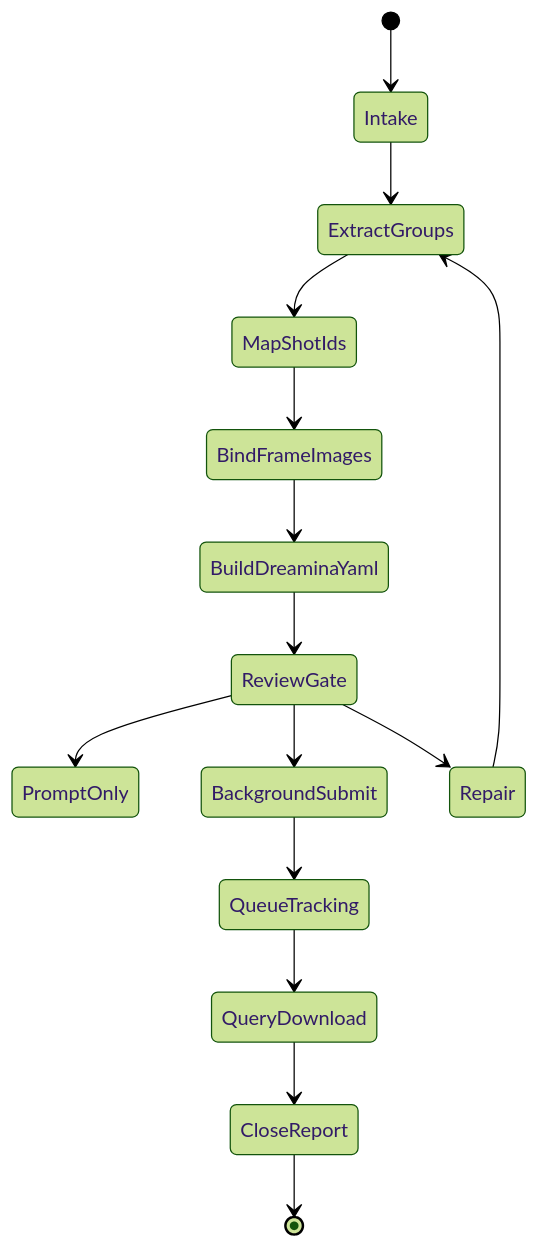
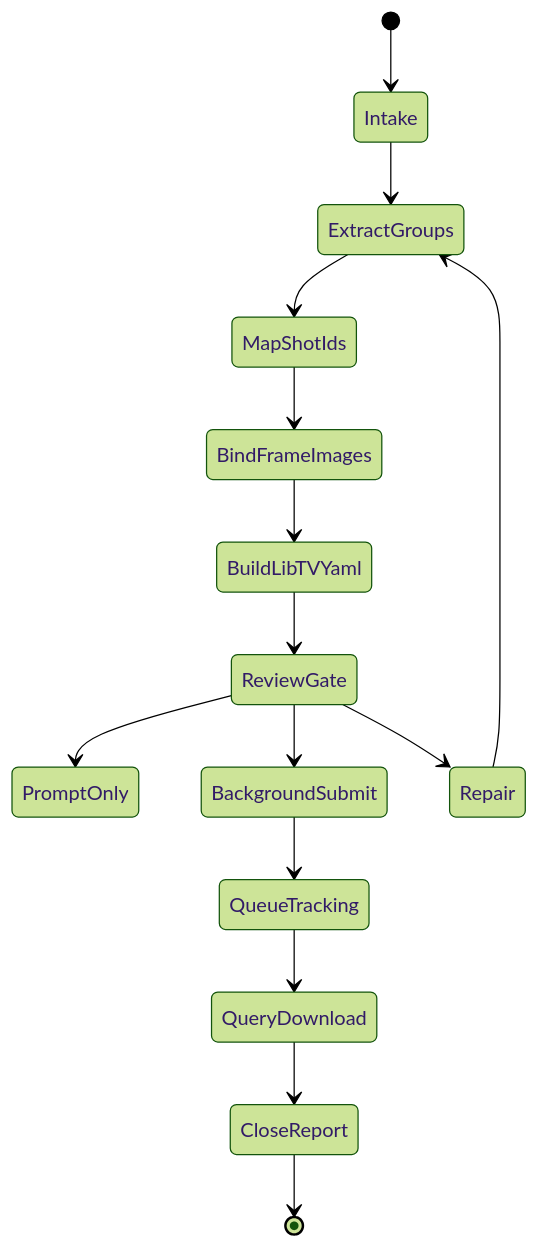
The third of 3 diagrams in .agents/skills/aigc/7-视频/A-分镜画面参照/SKILL.md (ZEN-VOID/AI-CUT), drawn with Mermaid (forest theme) before and after one commit. The commit also changed other lines of this file and 173 other files, not shown here.

````diff
--- a/.agents/skills/aigc/7-视频/A-分镜画面参照/SKILL.md
+++ b/.agents/skills/aigc/7-视频/A-分镜画面参照/SKILL.md
@@ -127,17 +139,17 @@
 ```mermaid
 stateDiagram-v2
     [*] --> Intake
     Intake --> ExtractGroups
     ExtractGroups --> MapShotIds
     MapShotIds --> BindFrameImages
-    BindFrameImages --> BuildDreaminaYaml
-    BuildDreaminaYaml --> ReviewGate
+    BindFrameImages --> BuildLibTVYaml
+    BuildLibTVYaml --> ReviewGate
     ReviewGate --> PromptOnly
     ReviewGate --> BackgroundSubmit
     BackgroundSubmit --> QueueTracking
     QueueTracking --> QueryDownload
     QueryDownload --> CloseReport
     ReviewGate --> Repair
     Repair --> ExtractGroups
     CloseReport --> [*]
 ```
````
